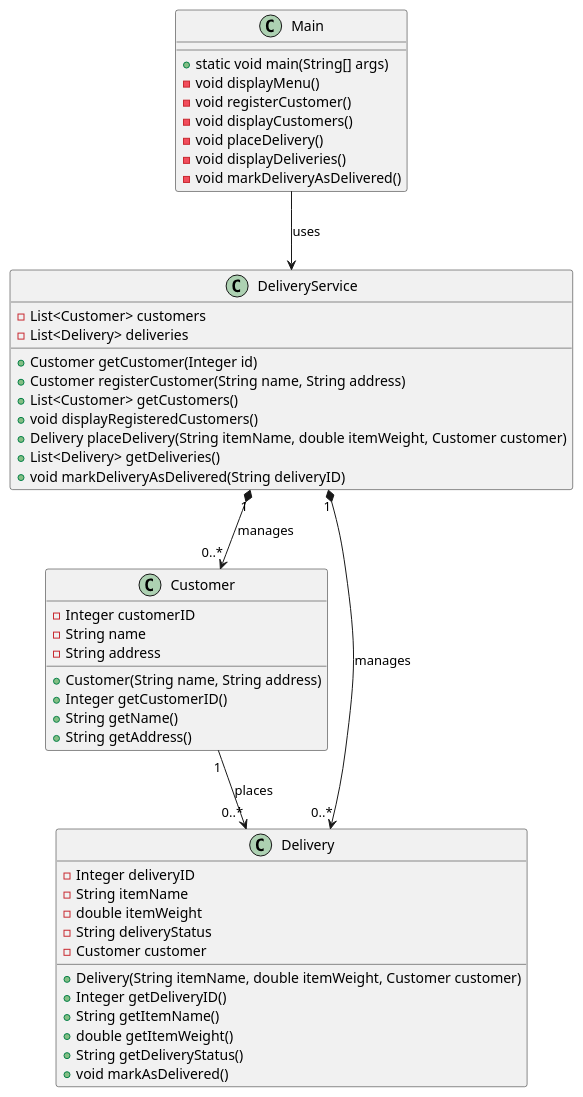
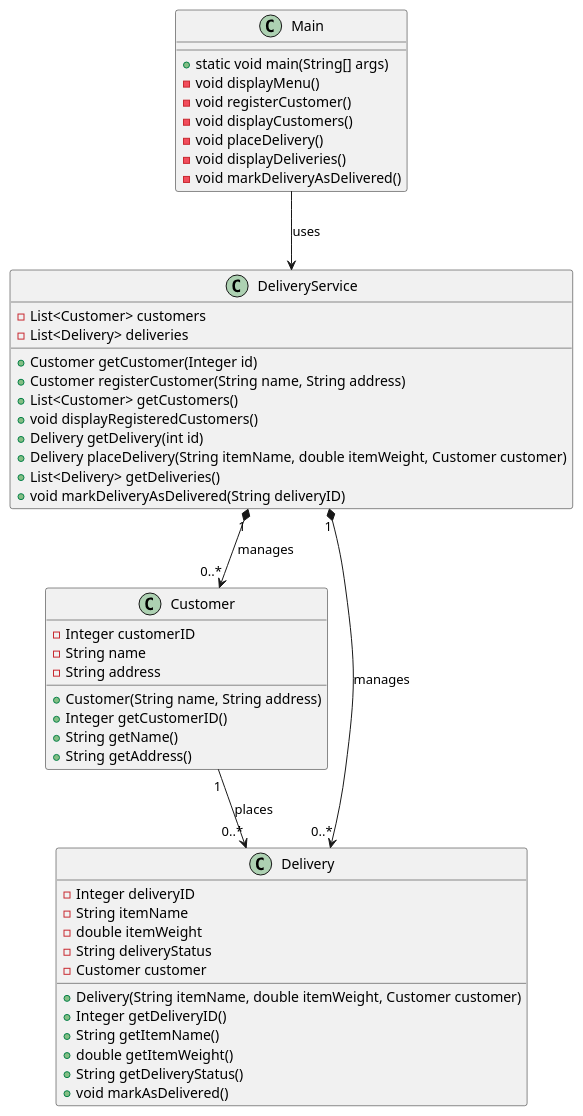
The diagram in ClassDiagram.puml (StudentsOnly/44-java-recap-project2-teamBr1), drawn with PlantUML before and after one commit.

```diff
--- a/ClassDiagram.puml
+++ b/ClassDiagram.puml
@@ -1,52 +1,53 @@
 @startuml
 class Customer {
   -Integer customerID
   -String name
   -String address
   +Customer(String name, String address)
   +Integer getCustomerID()
   +String getName()
   +String getAddress()
 }
 
 class Delivery {
   -Integer deliveryID
   -String itemName
   -double itemWeight
   -String deliveryStatus
   -Customer customer
   +Delivery(String itemName, double itemWeight, Customer customer)
   +Integer getDeliveryID()
   +String getItemName()
   +double getItemWeight()
   +String getDeliveryStatus()
   +void markAsDelivered()
 }
 
 class DeliveryService {
   -List<Customer> customers
   -List<Delivery> deliveries
   +Customer getCustomer(Integer id)
   +Customer registerCustomer(String name, String address)
   +List<Customer> getCustomers()
   +void displayRegisteredCustomers()
+  +Delivery getDelivery(int id)
   +Delivery placeDelivery(String itemName, double itemWeight, Customer customer)
   +List<Delivery> getDeliveries()
   +void markDeliveryAsDelivered(String deliveryID)
 }
 
 class Main {
   +static void main(String[] args)
   -void displayMenu()
   -void registerCustomer()
   -void displayCustomers()
   -void placeDelivery()
   -void displayDeliveries()
   -void markDeliveryAsDelivered()
 }
 
 Customer "1" --> "0..*" Delivery : "places"
 DeliveryService "1" *--> "0..*" Customer : "manages"
 DeliveryService "1" *--> "0..*" Delivery : "manages"
 Main --> DeliveryService : "uses"
 @enduml
```
